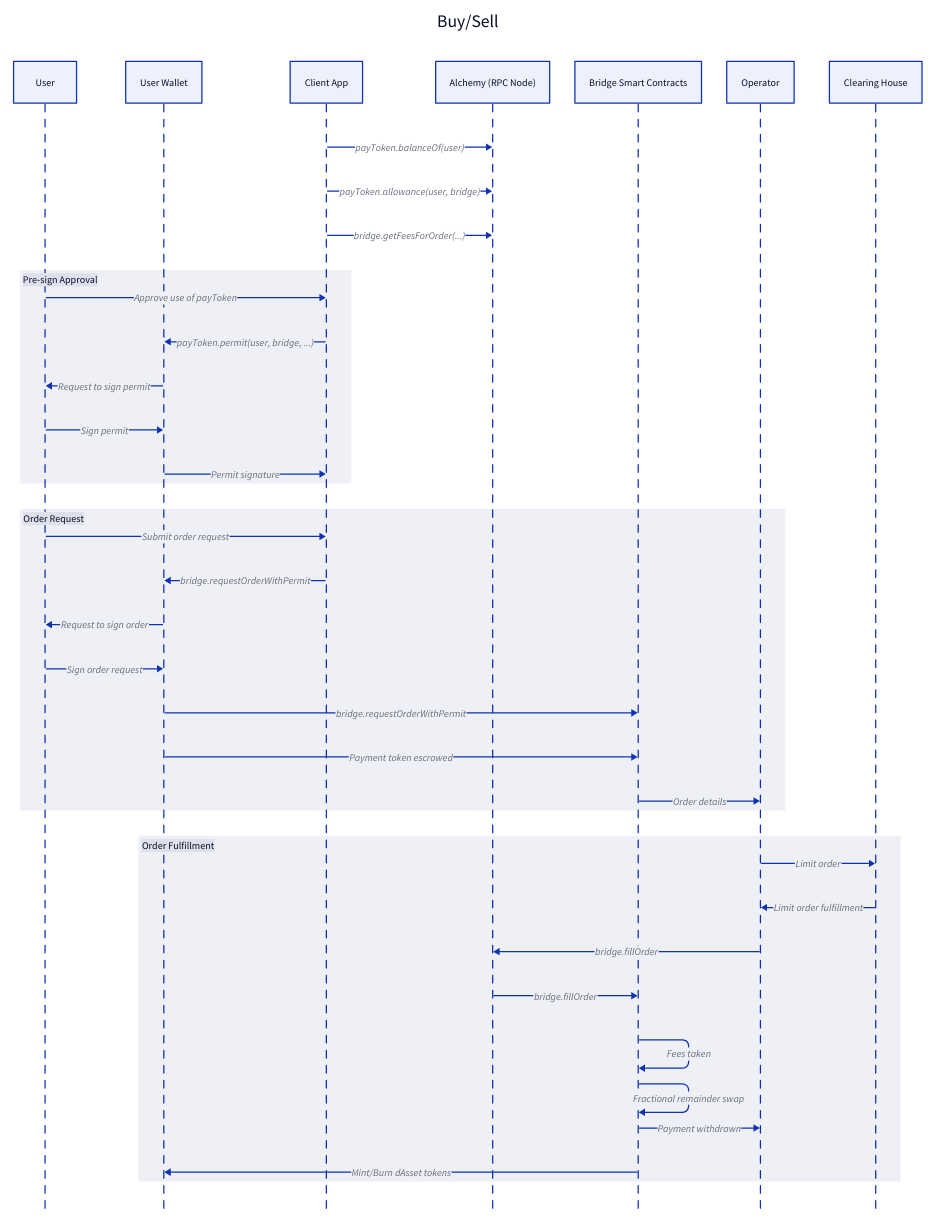
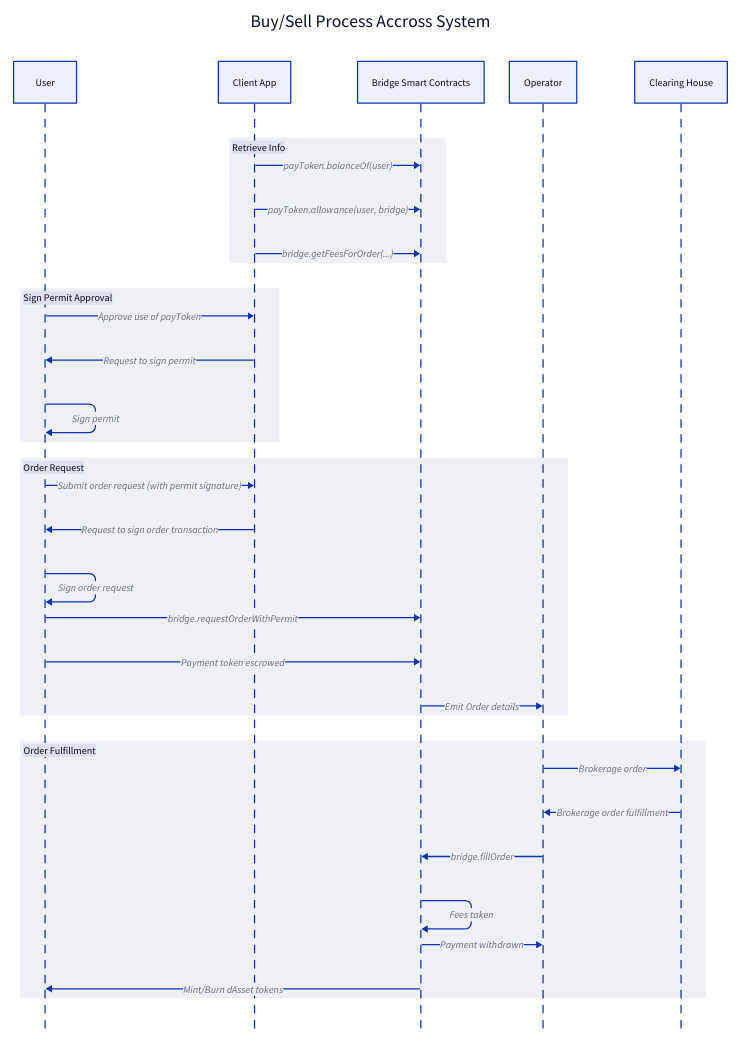
The diagram in docs/user-sequence.d2 (dinaricrypto/sbt-contracts), drawn with D2 before and after one commit. The commit also changed 1 other file, not shown here.

Commit message:
simplify user sequence diagram

```diff
--- a/docs/user-sequence.d2
+++ b/docs/user-sequence.d2
@@ -1,41 +1,36 @@
-Buy/Sell: {
+Buy/Sell Process Accross System: {
   shape: sequence_diagram
 
   user: User
-  wallet: User Wallet
   app: Client App
-  rpc: Alchemy (RPC Node)
   contracts: Bridge Smart Contracts
   bot: Operator
   clearing: Clearing House
 
-  app -> rpc: payToken.balanceOf(user)
-  app -> rpc: payToken.allowance(user, bridge)
-  app -> rpc: bridge.getFeesForOrder(...)
-  Pre-sign Approval: {
+  Retrieve Info: {
+    app -> contracts: payToken.balanceOf(user)
+    app -> contracts: payToken.allowance(user, bridge)
+    app -> contracts: bridge.getFeesForOrder(...)
+  }
+  Sign Permit Approval: {
     user -> app: Approve use of payToken
-    app -> wallet: payToken.permit(user, bridge, ...)
-    wallet -> user: Request to sign permit
-    user -> wallet: Sign permit
-    wallet -> app: Permit signature
+    app -> user: Request to sign permit
+    user -> user: Sign permit
   }
   Order Request: {
-    user -> app: Submit order request
-    app -> wallet: bridge.requestOrderWithPermit
-    wallet -> user: Request to sign order
-    user -> wallet: Sign order request
-    wallet -> contracts: bridge.requestOrderWithPermit
-    wallet -> contracts: Payment token escrowed
-    contracts -> bot: Order details
+    user -> app: Submit order request (with permit signature)
+    app -> user: Request to sign order transaction
+    user -> user: Sign order request
+    user -> contracts: bridge.requestOrderWithPermit
+    user -> contracts: Payment token escrowed
+    contracts -> bot: Emit Order details
   }
   Order Fulfillment: {
-    bot -> clearing: Limit order
-    clearing -> bot: Limit order fulfillment
-    bot -> rpc: bridge.fillOrder
-    rpc -> contracts: bridge.fillOrder
+    bot -> clearing: Brokerage order
+    clearing -> bot: Brokerage order fulfillment
+    bot -> contracts: bridge.fillOrder
     contracts -> contracts: Fees taken
-    contracts -> contracts: Fractional remainder swap
     contracts -> bot: Payment withdrawn
-    contracts -> wallet: Mint/Burn dAsset tokens
+    contracts -> user: Mint/Burn dAsset tokens
   }
 }
```
